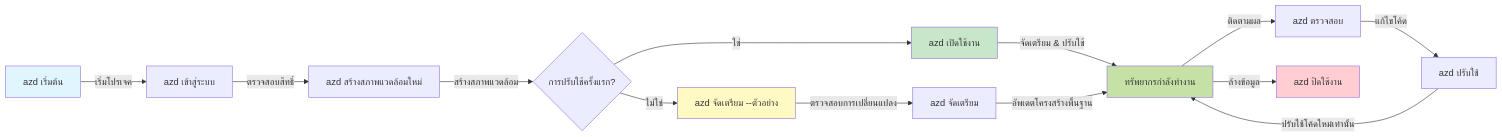
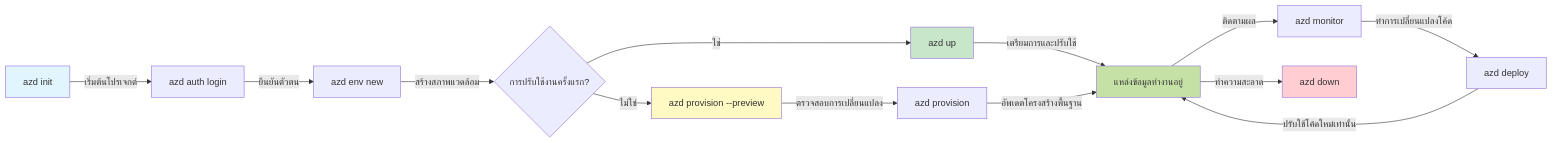
The first of 2 diagrams in translations/th/docs/chapter-01-foundation/azd-basics.md (microsoft/AZD-for-beginners), drawn with Mermaid before and after one commit. The commit also changed other lines of this file and 104 other files, not shown here.

````diff
--- a/translations/th/docs/chapter-01-foundation/azd-basics.md
+++ b/translations/th/docs/chapter-01-foundation/azd-basics.md
@@ -269,21 +269,21 @@
 ```mermaid
 graph LR
-    A[azd เริ่มต้น] -->|เริ่มโปรเจค| B[azd เข้าสู่ระบบ]
-    B -->|ตรวจสอบสิทธิ์| C[azd สร้างสภาพแวดล้อมใหม่]
-    C -->|สร้างสภาพแวดล้อม| D{การปรับใช้ครั้งแรก?}
-    D -->|ใช่| E[azd เปิดใช้งาน]
-    D -->|ไม่ใช่| F[azd จัดเตรียม --ตัวอย่าง]
-    F -->|ตรวจสอบการเปลี่ยนแปลง| G[azd จัดเตรียม]
-    E -->|จัดเตรียม & ปรับใช้| H[ทรัพยากรกำลังทำงาน]
+    A[azd init] -->|เริ่มต้นโปรเจกต์| B[azd auth login]
+    B -->|ยืนยันตัวตน| C[azd env new]
+    C -->|สร้างสภาพแวดล้อม| D{การปรับใช้งานครั้งแรก?}
+    D -->|ใช่| E[azd up]
+    D -->|ไม่ใช่| F[azd provision --preview]
+    F -->|ตรวจสอบการเปลี่ยนแปลง| G[azd provision]
+    E -->|เตรียมการและปรับใช้| H[แหล่งข้อมูลทำงานอยู่]
     G -->|อัพเดตโครงสร้างพื้นฐาน| H
-    H -->|ติดตามผล| I[azd ตรวจสอบ]
-    I -->|แก้ไขโค้ด| J[azd ปรับใช้]
+    H -->|ติดตามผล| I[azd monitor]
+    I -->|ทำการเปลี่ยนแปลงโค้ด| J[azd deploy]
     J -->|ปรับใช้โค้ดใหม่เท่านั้น| H
-    H -->|ล้างข้อมูล| K[azd ปิดใช้งาน]
+    H -->|ทำความสะอาด| K[azd down]
     
     style A fill:#e1f5fe
     style E fill:#c8e6c9
     style F fill:#fff9c4
     style H fill:#c5e1a5
     style K fill:#ffcdd2
 ```
````
